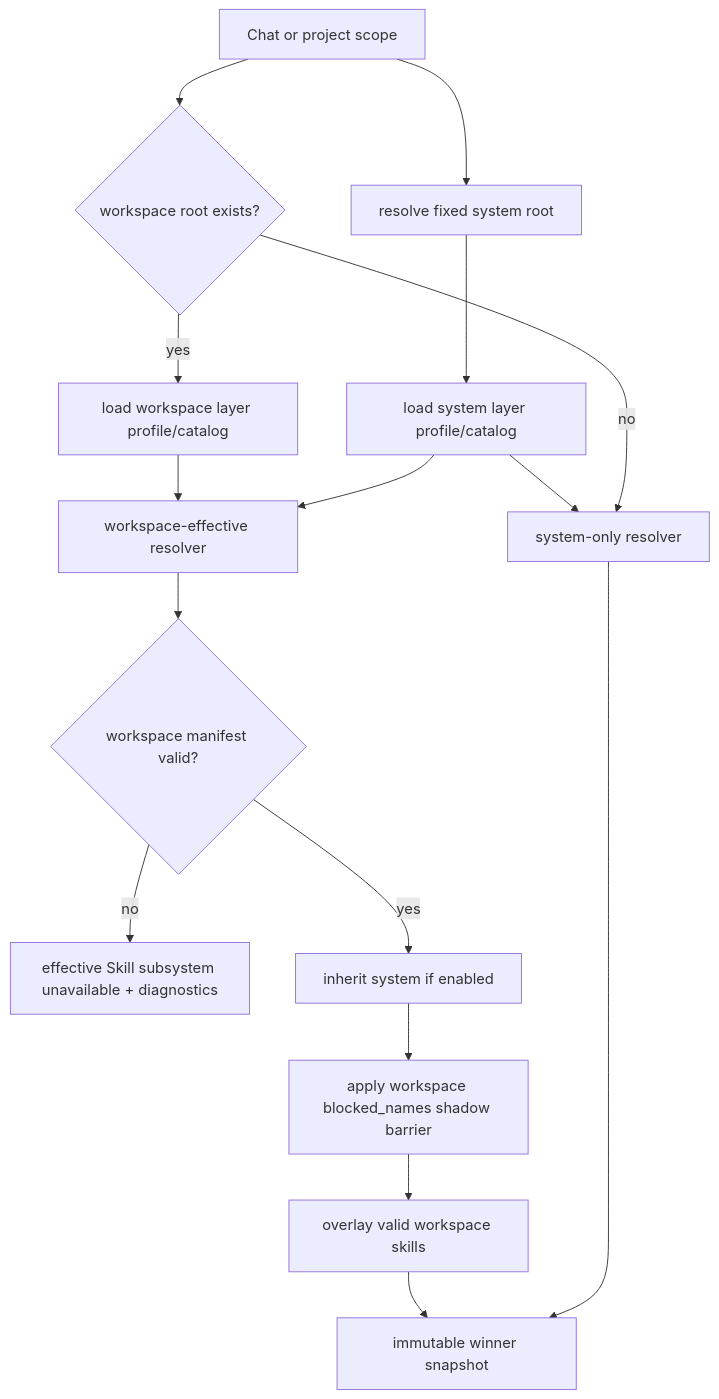
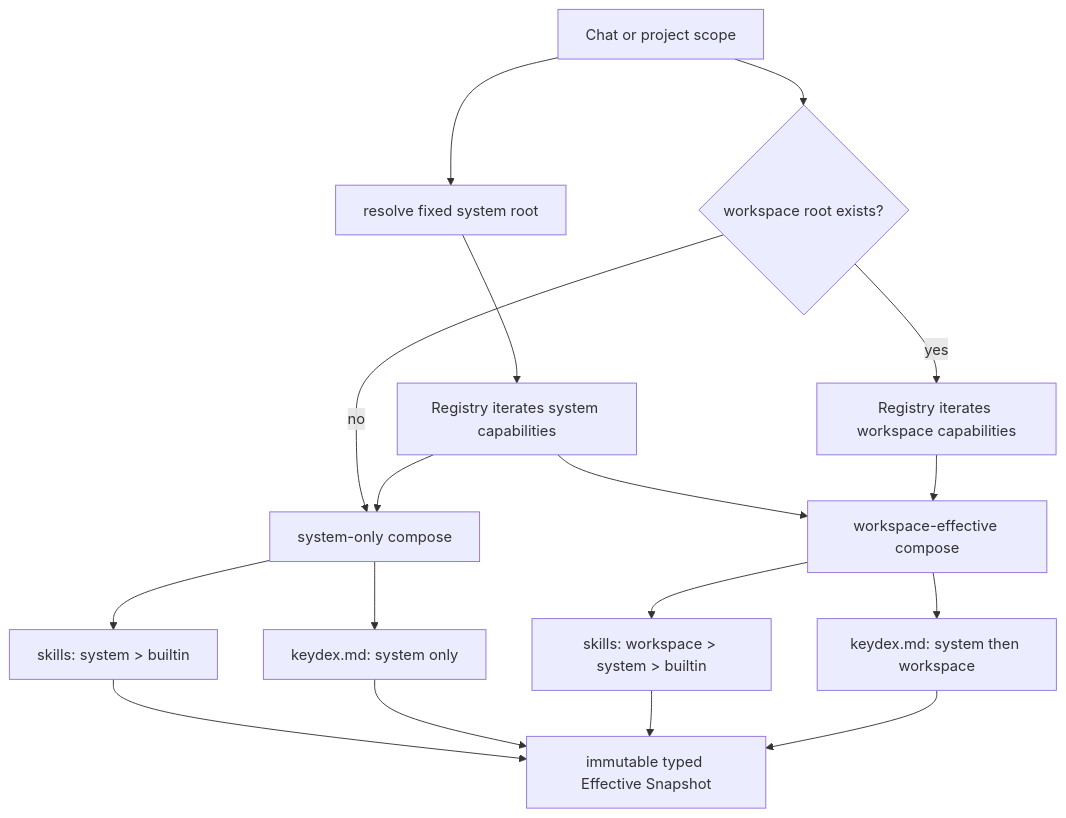
One commit to HZZ177/keydex changed the third of 6 diagrams in .ktaicoding/des/DES-20260625-001-keydex-skill.md. Above: the diagram before and after it, drawn with Mermaid. The commit also changed other lines of this file and 404 other files, not shown here.

````diff
--- a/.ktaicoding/des/DES-20260625-001-keydex-skill.md
+++ b/.ktaicoding/des/DES-20260625-001-keydex-skill.md
@@ -454,18 +458,19 @@
 ```mermaid
 flowchart TD
     A["Chat or project scope"] --> B["resolve fixed system root"]
     A --> C{"workspace root exists?"}
-    B --> D["load system layer profile/catalog"]
-    C -- "yes" --> E["load workspace layer profile/catalog"]
-    C -- "no" --> F["system-only resolver"]
+    B --> D["Registry iterates system capabilities"]
+    C -- "yes" --> E["Registry iterates workspace capabilities"]
+    C -- "no" --> F["system-only compose"]
     D --> F
-    D --> G["workspace-effective resolver"]
+    D --> G["workspace-effective compose"]
     E --> G
-    G --> H{"workspace manifest valid?"}
-    H -- "no" --> I["effective Skill subsystem unavailable + diagnostics"]
-    H -- "yes" --> J["inherit system if enabled"]
-    J --> K["apply workspace blocked_names shadow barrier"]
-    K --> L["overlay valid workspace skills"]
-    F --> M["immutable winner snapshot"]
-    L --> M
+    F --> H["skills: system > builtin"]
+    F --> I["keydex.md: system only"]
+    G --> J["skills: workspace > system > builtin"]
+    G --> K["keydex.md: system then workspace"]
+    H --> L["immutable typed Effective Snapshot"]
+    I --> L
+    J --> L
+    K --> L
 ```
````
